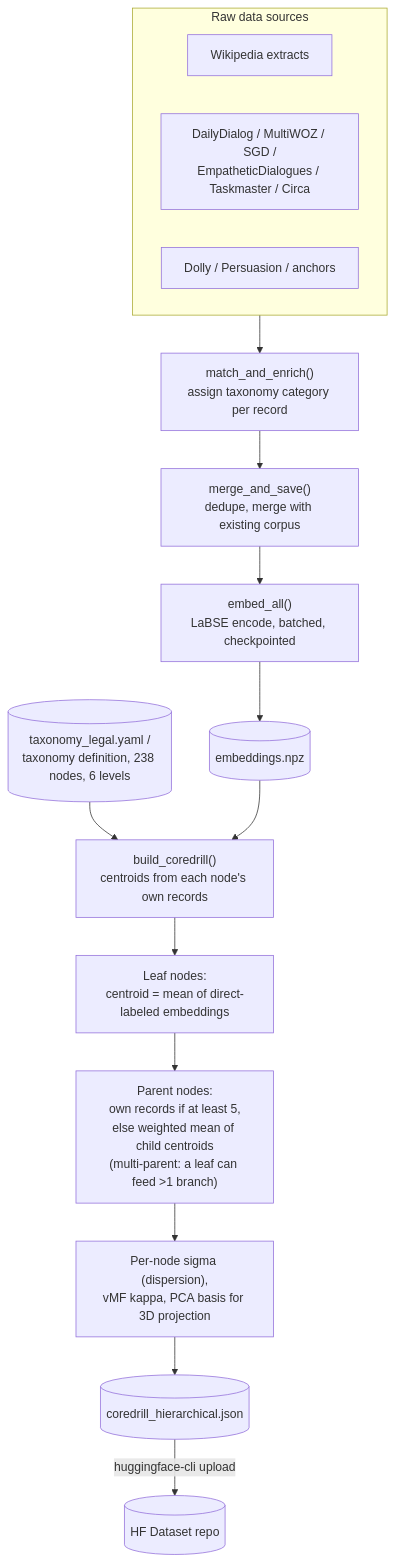
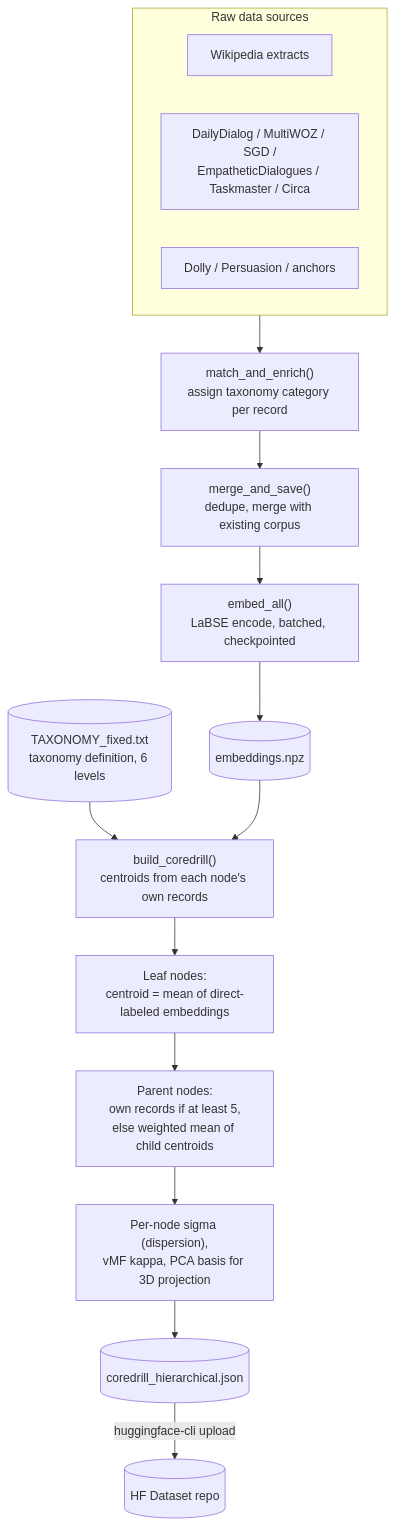
One commit to LCapy/embedding-rhizome-classifier changed the third of 5 diagrams in docs/architecture.md. Above: the diagram before and after it, drawn with Mermaid. The commit also changed other lines of this file and 15 other files, not shown here.

````diff
--- a/docs/architecture.md
+++ b/docs/architecture.md
@@ -108,23 +108,23 @@
 ```mermaid
 flowchart TD
     subgraph Sources["Raw data sources"]
         Wiki["Wikipedia extracts"]
         Dialog["DailyDialog / MultiWOZ / SGD /\nEmpatheticDialogues / Taskmaster / Circa"]
         Dolly["Dolly / Persuasion / anchors"]
     end
 
     Sources --> Match["match_and_enrich()\nassign taxonomy category per record"]
     Match --> Merge["merge_and_save()\ndedupe, merge with existing corpus"]
     Merge --> Embed["embed_all()\nLaBSE encode, batched, checkpointed"]
     Embed --> Emb[("embeddings.npz")]
 
-    Tax[("taxonomy_legal.yaml /\ntaxonomy definition, 238 nodes, 6 levels")] --> Build
+    Tax[("TAXONOMY_fixed.txt\ntaxonomy definition, 6 levels")] --> Build
     Emb --> Build["build_coredrill()\ncentroids from each node's own records"]
 
     Build --> Leaf["Leaf nodes:\ncentroid = mean of direct-labeled embeddings"]
-    Leaf --> Parent["Parent nodes:\nown records if at least 5,\nelse weighted mean of child centroids\n(multi-parent: a leaf can feed >1 branch)"]
+    Leaf --> Parent["Parent nodes:\nown records if at least 5,\nelse weighted mean of child centroids"]
     Parent --> Sigma["Per-node sigma (dispersion),\nvMF kappa, PCA basis for 3D projection"]
 
     Sigma --> Out[("coredrill_hierarchical.json")]
     Out -->|huggingface-cli upload| DS[("HF Dataset repo")]
 ```
````
